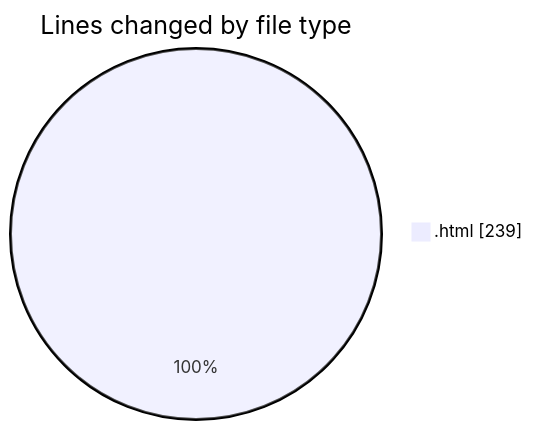
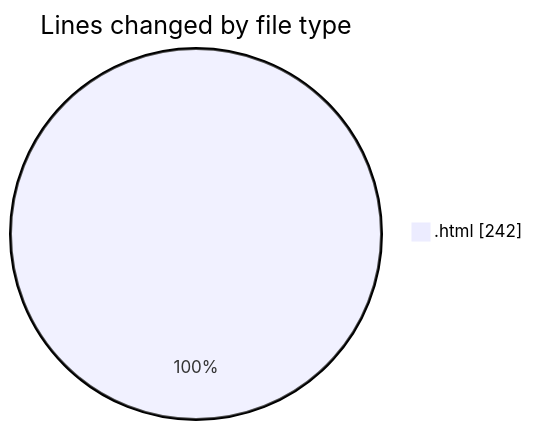
The first of 2 diagrams in 2025-01-08/nueva_carpeta/README.md (LanceThiago/code-tracking), drawn with Mermaid before and after one commit. The commit also changed other lines of this file and 1 other file, not shown here.

````diff
--- a/2025-01-08/nueva_carpeta/README.md
+++ b/2025-01-08/nueva_carpeta/README.md
@@ -20,5 +20,5 @@
 ```mermaid
 pie showData
 title Lines changed by file type
-".html" : 239
+".html" : 242
 ```
````
